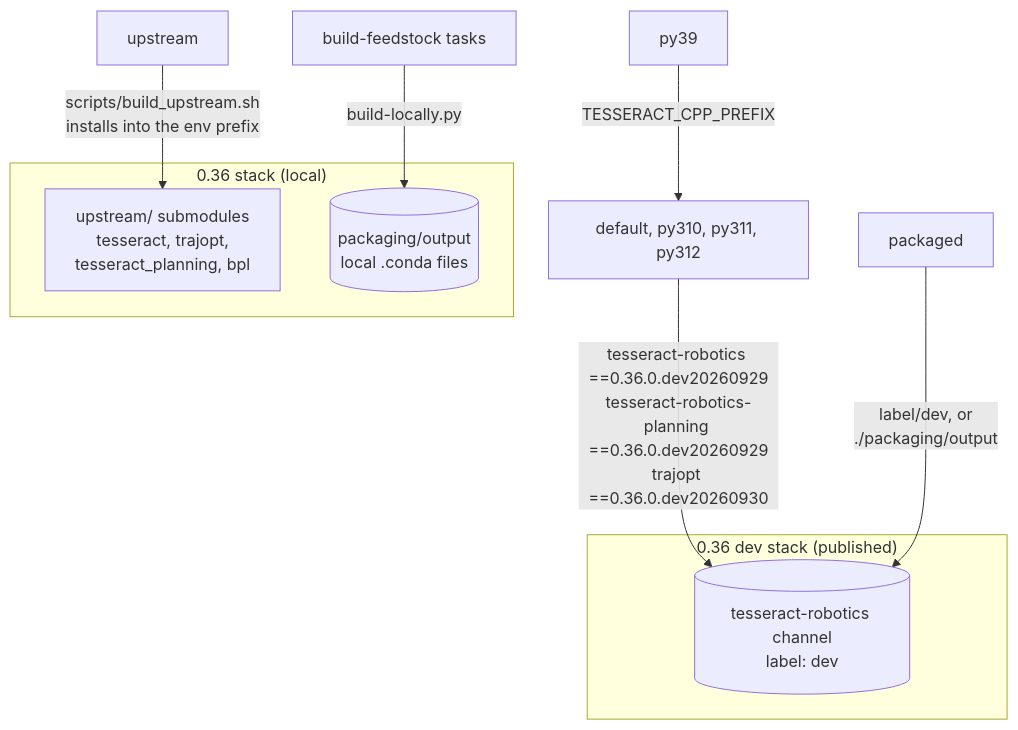
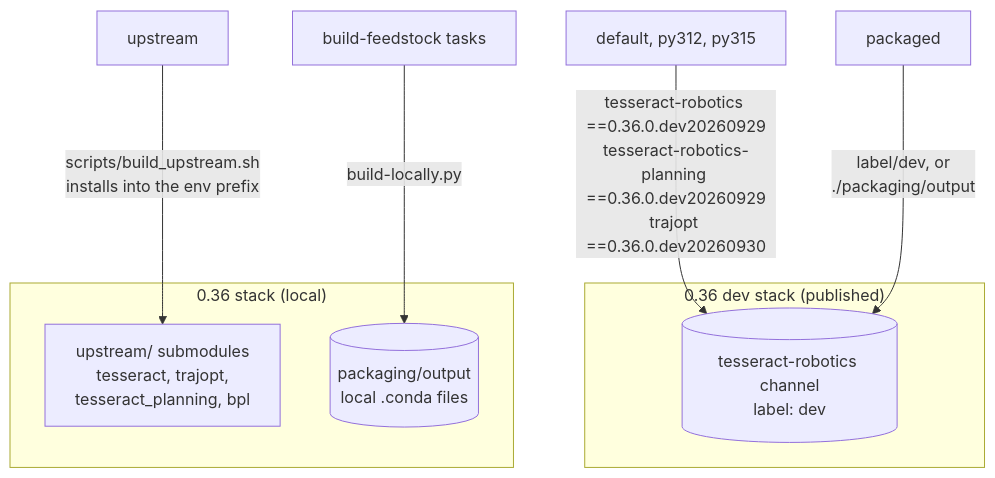
One commit to tesseract-robotics/tesseract_nanobind changed the second of 4 diagrams in docs/developer/binaries.md. Above: the diagram before and after it, drawn with Mermaid. The commit also changed other lines of this file and 5 other files, not shown here.

````diff
--- a/docs/developer/binaries.md
+++ b/docs/developer/binaries.md
@@ -102,15 +113,14 @@
 ```mermaid
 flowchart TB
     subgraph published["0.36 dev stack (published)"]
         CH[(tesseract-robotics channel<br/>label: dev)]
     end
     subgraph src["0.36 stack (local)"]
         SM[upstream/ submodules<br/>tesseract, trajopt,<br/>tesseract_planning, bpl]
         OUT[(packaging/output<br/>local .conda files)]
     end
-    D[default, py310, py311, py312] -->|tesseract-robotics ==0.36.0.dev20260929<br/>tesseract-robotics-planning ==0.36.0.dev20260929<br/>trajopt ==0.36.0.dev20260930| CH
-    P39[py39] -->|TESSERACT_CPP_PREFIX| D
+    D[default, py312, py315] -->|tesseract-robotics ==0.36.0.dev20260929<br/>tesseract-robotics-planning ==0.36.0.dev20260929<br/>trajopt ==0.36.0.dev20260930| CH
     U[upstream] -->|scripts/build_upstream.sh<br/>installs into the env prefix| SM
     FS[build-feedstock tasks] -->|build-locally.py| OUT
     PK[packaged] -->|label/dev, or<br/>./packaging/output| CH
 ```
````
